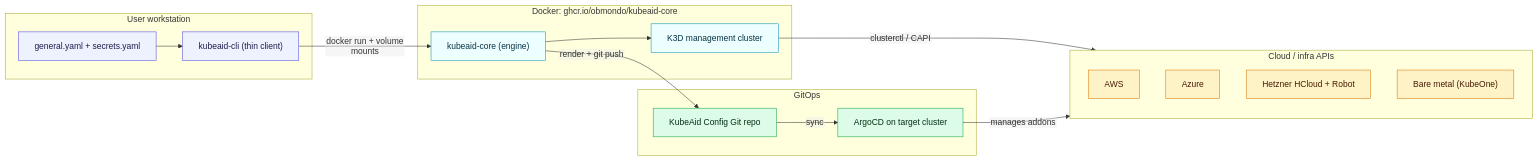
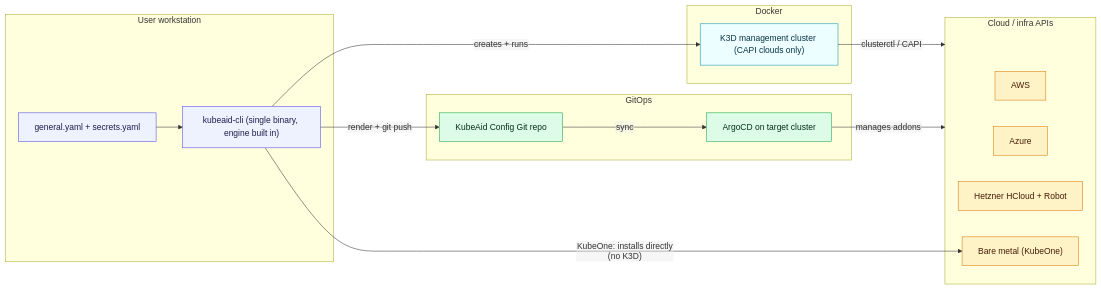
The first of 11 diagrams in docs/architecture.md (Obmondo/kubeaid-cli), drawn with Mermaid before and after one commit. The commit also changed other lines of this file and 1 other file, not shown here.

First line of the commit message:
docs: kubeaid-cli is a single binary; clarify K3D is CAPI-only

````diff
--- a/docs/architecture.md
+++ b/docs/architecture.md
@@ -67,42 +67,41 @@
 ```mermaid
 %%{init: {'flowchart': {'htmlLabels': false}}}%%
 flowchart LR
   subgraph U["User workstation"]
     CFG["general.yaml + secrets.yaml"]
-    THIN["kubeaid-cli (thin client)"]
+    CLI["kubeaid-cli (single binary, engine built in)"]
   end
 
-  subgraph CT["Docker: ghcr.io/obmondo/kubeaid-core"]
-    CORE["kubeaid-core (engine)"]
-    K3D["K3D management cluster"]
+  subgraph DK["Docker"]
+    K3D["K3D management cluster (CAPI clouds only)"]
   end
 
   subgraph CLOUD["Cloud / infra APIs"]
     AWS["AWS"]
     AZ["Azure"]
     HZ["Hetzner HCloud + Robot"]
     BM["Bare metal (KubeOne)"]
   end
 
   subgraph GIT["GitOps"]
     REPO["KubeAid Config Git repo"]
     ARGO["ArgoCD on target cluster"]
   end
 
-  CFG --> THIN
-  THIN -- "docker run + volume mounts" --> CORE
-  CORE --> K3D
+  CFG --> CLI
+  CLI -- "creates + runs" --> K3D
   K3D -- "clusterctl / CAPI" --> CLOUD
-  CORE -- "render + git push" --> REPO
+  CLI -- "KubeOne: installs directly (no K3D)" --> BM
+  CLI -- "render + git push" --> REPO
   REPO -- "sync" --> ARGO
   ARGO -- "manages addons" --> CLOUD
 
   classDef user fill:#eef2ff,stroke:#4f46e5,color:#1e1b4b;
   classDef engine fill:#ecfeff,stroke:#0891b2,color:#083344;
   classDef cloud fill:#fef3c7,stroke:#d97706,color:#451a03;
   classDef gitops fill:#dcfce7,stroke:#16a34a,color:#052e16;
-  class CFG,THIN user;
-  class CORE,K3D engine;
+  class CFG,CLI user;
+  class K3D engine;
   class AWS,AZ,HZ,BM cloud;
   class REPO,ARGO gitops;
 ```
````
